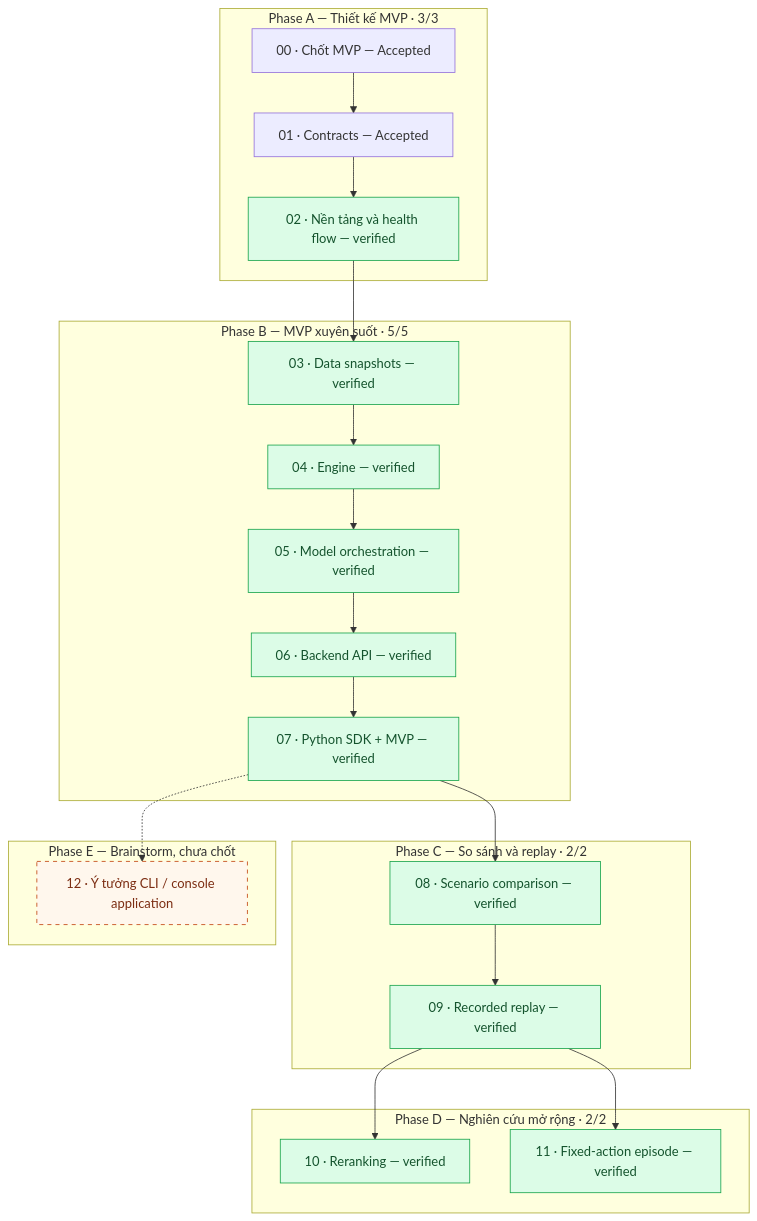
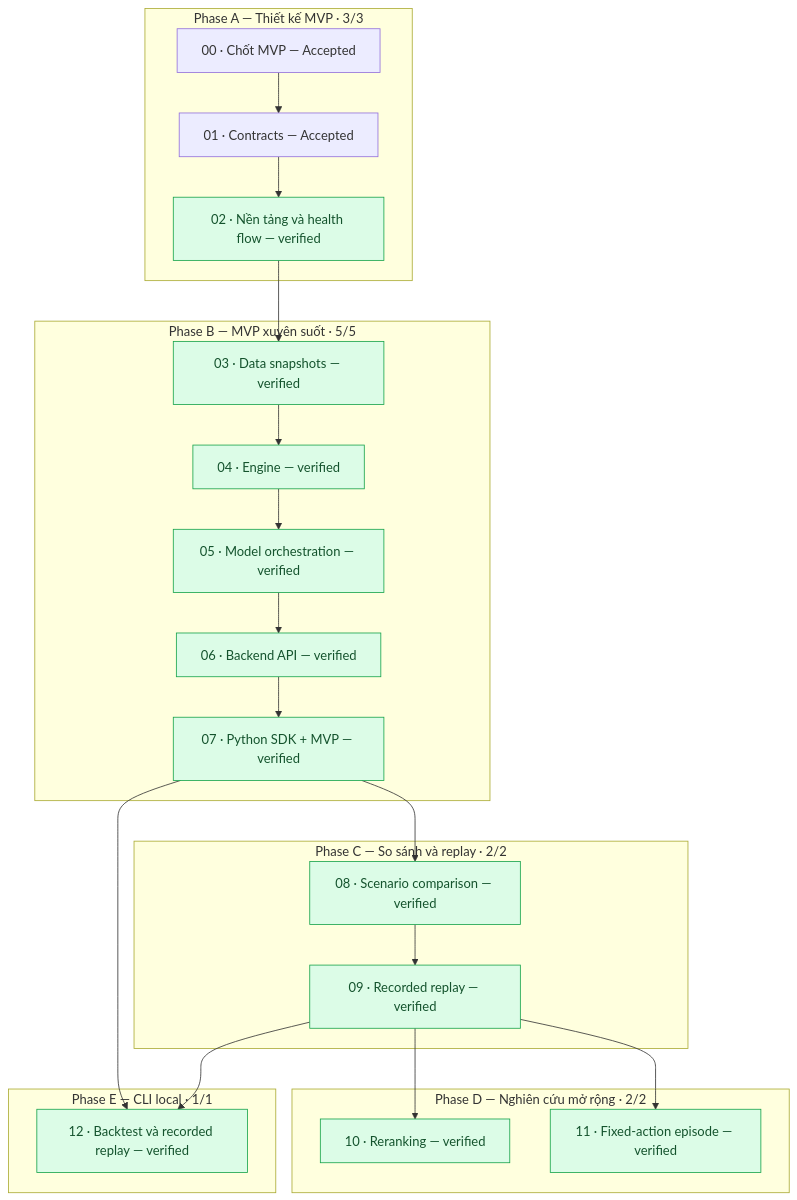
The diagram in plan/implementation/README.md (ryantr-statinops/factorsbt), drawn with Mermaid before and after one commit. The commit also changed other lines of this file and 3 other files, not shown here.

````diff
--- a/plan/implementation/README.md
+++ b/plan/implementation/README.md
@@ -48,38 +48,37 @@
 ```mermaid
 flowchart TD
     subgraph A["Phase A — Thiết kế MVP · 3/3"]
         A0["00 · Chốt MVP — Accepted"] --> A1["01 · Contracts — Accepted"]
         A1 --> A2["02 · Nền tảng và health flow — verified"]
     end
 
     subgraph B["Phase B — MVP xuyên suốt · 5/5"]
         B0["03 · Data snapshots — verified"] --> B1["04 · Engine — verified"]
         B1 --> B2["05 · Model orchestration — verified"]
         B2 --> B3["06 · Backend API — verified"]
         B3 --> B4["07 · Python SDK + MVP — verified"]
     end
 
     subgraph C["Phase C — So sánh và replay · 2/2"]
         C0["08 · Scenario comparison — verified"] --> C1["09 · Recorded replay — verified"]
     end
 
     subgraph D["Phase D — Nghiên cứu mở rộng · 2/2"]
         D0["10 · Reranking — verified"]
         D1["11 · Fixed-action episode — verified"]
     end
 
-    subgraph E["Phase E — Brainstorm, chưa chốt"]
-        E0["12 · Ý tưởng CLI / console application"]
+    subgraph E["Phase E — CLI local · 1/1"]
+        E0["12 · Backtest và recorded replay — verified"]
     end
 
     A2 --> B0
     B4 --> C0
     C1 --> D0
     C1 --> D1
-    B4 -.-> E0
+    B4 --> E0
+    C1 --> E0
 
     classDef implemented fill:#dcfce7,stroke:#16a34a,color:#14532d
-    classDef idea fill:#fff7ed,stroke:#c2410c,color:#7c2d12,stroke-dasharray:5 5
-    class A2,B0,B1,B2,B3,B4,C0,C1,D0,D1 implemented
-    class E0 idea
+    class A2,B0,B1,B2,B3,B4,C0,C1,D0,D1,E0 implemented
 ```
````
